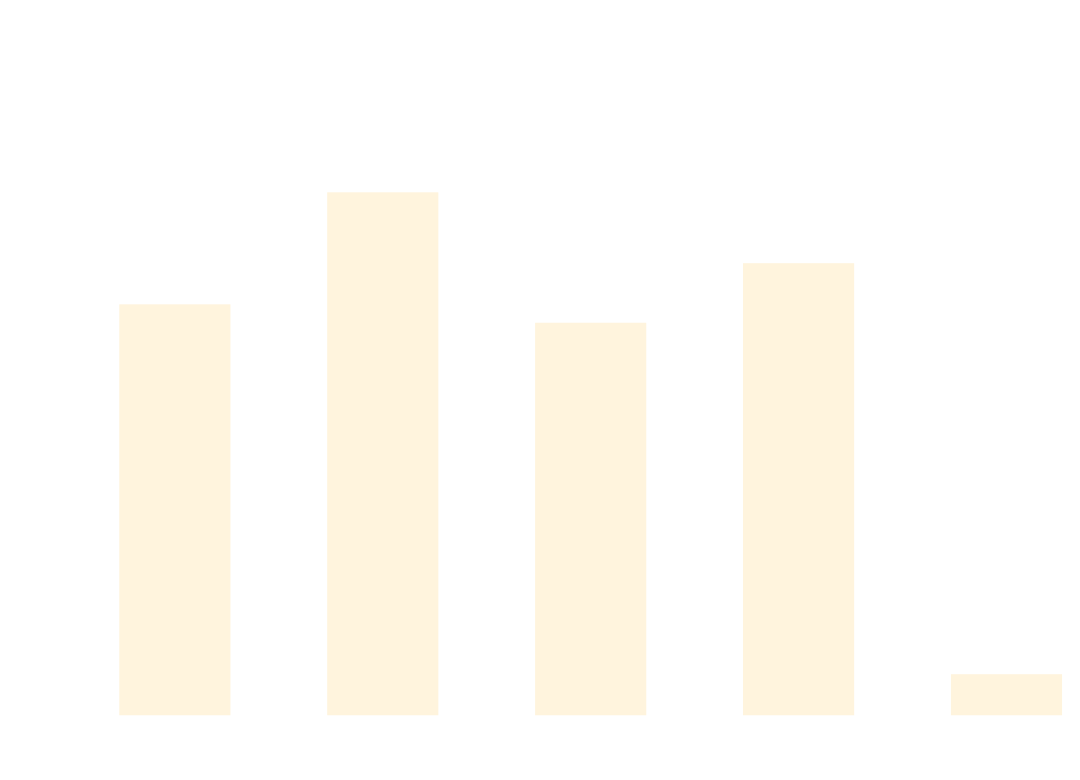
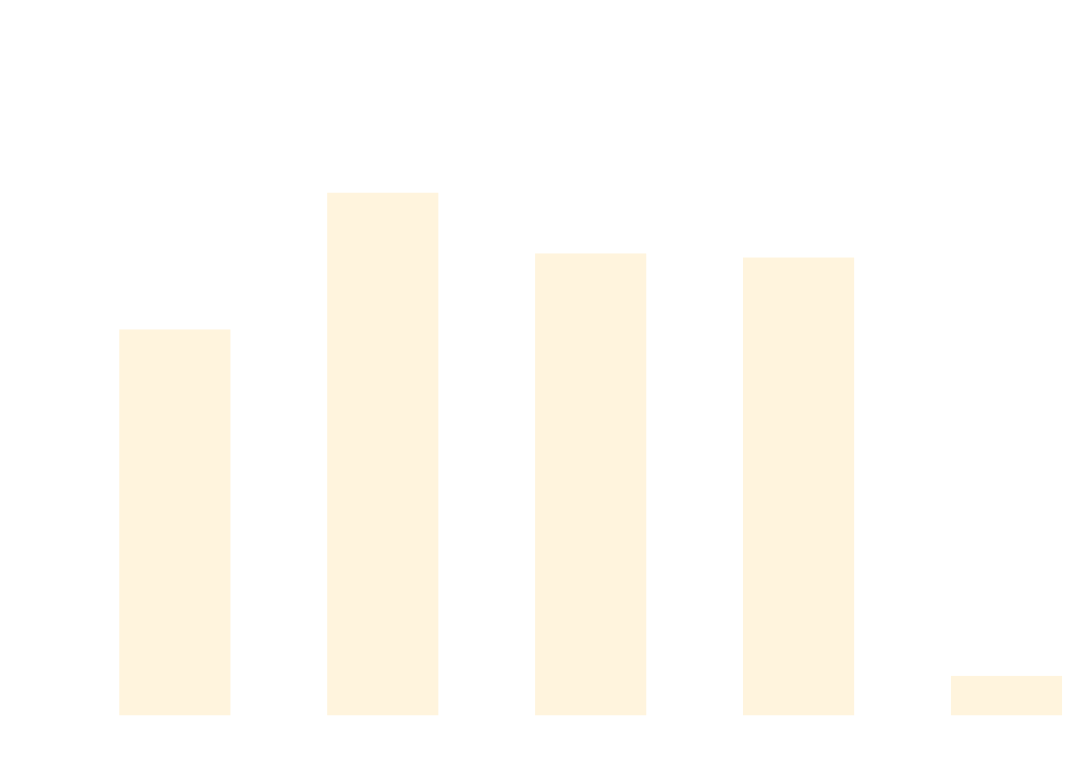
The diagram in docs/docs/benchmarks/ScaleTests.md (thomhurst/TUnit), drawn with Mermaid before and after one commit. The commit also changed other lines of this file and 17 other files, not shown here.

````diff
--- a/docs/docs/benchmarks/ScaleTests.md
+++ b/docs/docs/benchmarks/ScaleTests.md
@@ -27,37 +27,37 @@
 ```mermaid
 %%{init: {
   'theme':'base',
   'themeVariables': {
     'primaryColor': '#2563eb',
     'primaryTextColor': '#ffffff',
     'primaryBorderColor': '#1e40af',
     'lineColor': '#6b7280',
     'secondaryColor': '#7c3aed',
     'tertiaryColor': '#dc2626',
     'background': '#ffffff',
     'mainBkg': '#2563eb',
     'secondBkg': '#7c3aed',
     'tertiaryBkg': '#dc2626',
     'clusterBkg': '#f3f4f6',
     'edgeLabelBackground': '#ffffff',
     'tertiaryTextColor': '#1f2937',
     'pie1': '#2563eb',
     'pie2': '#7c3aed',
     'pie3': '#dc2626',
     'pie4': '#f59e0b',
     'pie5': '#10b981',
     'pie6': '#06b6d4',
     'pie7': '#ec4899',
     'pie8': '#6366f1',
     'pie9': '#84cc16',
     'pie10': '#f97316',
     'pie11': '#14b8a6',
     'pie12': '#a855f7'
   }
 }}%%
 xychart-beta
   title "ScaleTests Performance Comparison"
   x-axis ["TUnit", "NUnit", "MSTest", "xUnit3", "TUnit_AOT"]
-  y-axis "Time (ms)" 0 --> 811
-  bar [527.68, 675.76, 503.36, 582.07, 38.71]
+  y-axis "Time (ms)" 0 --> 854
+  bar [520.66, 711, 626.47, 620.8, 38.41]
 ```
````
